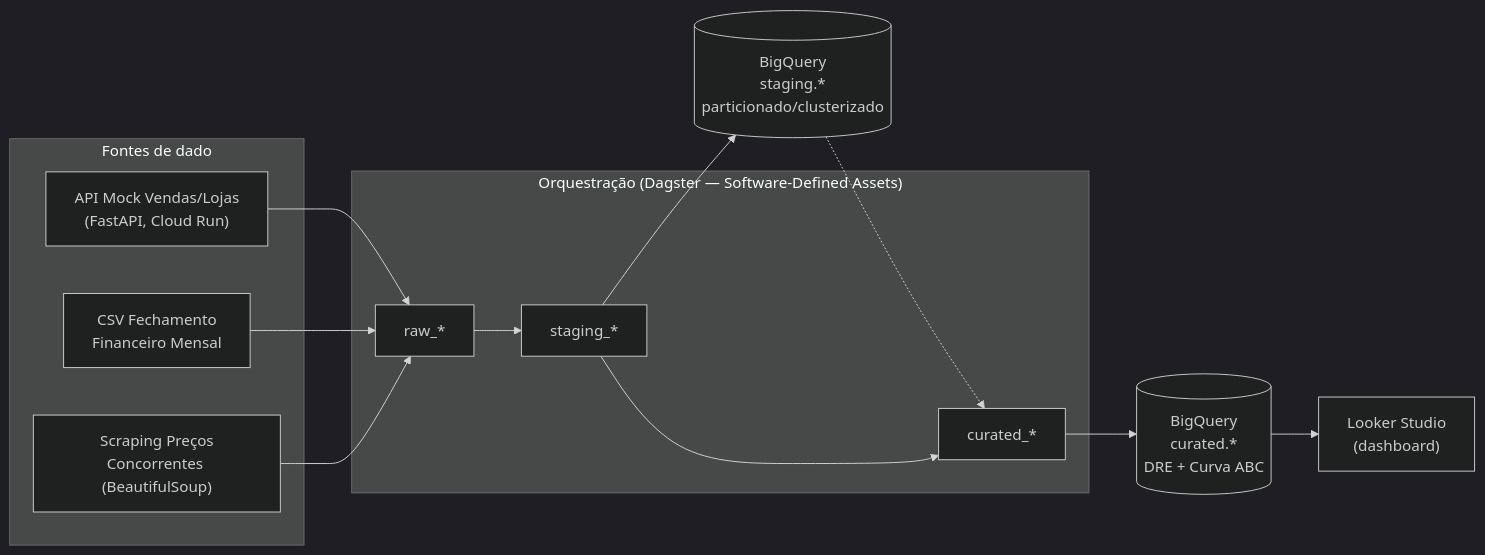
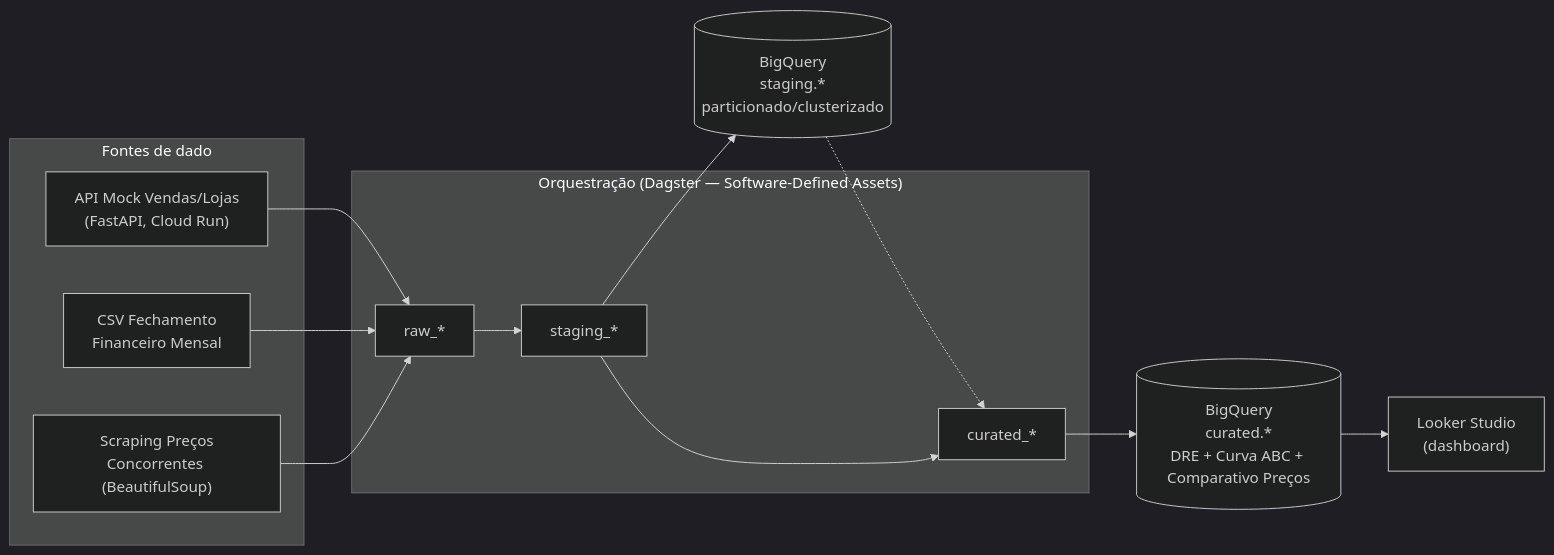
The diagram in README.md (LucasAnalyticsData/vena-analytics-sim), drawn with Mermaid (dark theme) before and after one commit. The commit also changed other lines of this file, not shown here.

````diff
--- a/README.md
+++ b/README.md
@@ -27,26 +27,26 @@
 ```mermaid
 flowchart LR
     subgraph Fontes["Fontes de dado"]
         API["API Mock Vendas/Lojas<br/>(FastAPI, Cloud Run)"]
         CSV["CSV Fechamento<br/>Financeiro Mensal"]
         SCRAPE["Scraping Preços<br/>Concorrentes (BeautifulSoup)"]
     end
 
     subgraph Dagster["Orquestração (Dagster — Software-Defined Assets)"]
         RAW["raw_*"]
         STG["staging_*"]
         CUR["curated_*"]
     end
 
     BQ_STG[("BigQuery<br/>staging.*<br/>particionado/clusterizado")]
-    BQ_CUR[("BigQuery<br/>curated.*<br/>DRE + Curva ABC")]
+    BQ_CUR[("BigQuery<br/>curated.*<br/>DRE + Curva ABC + Comparativo Preços")]
     LOOKER["Looker Studio<br/>(dashboard)"]
 
     API --> RAW
     CSV --> RAW
     SCRAPE --> RAW
     RAW --> STG --> BQ_STG
     BQ_STG -.-> CUR
     STG --> CUR --> BQ_CUR
     BQ_CUR --> LOOKER
 ```
````
